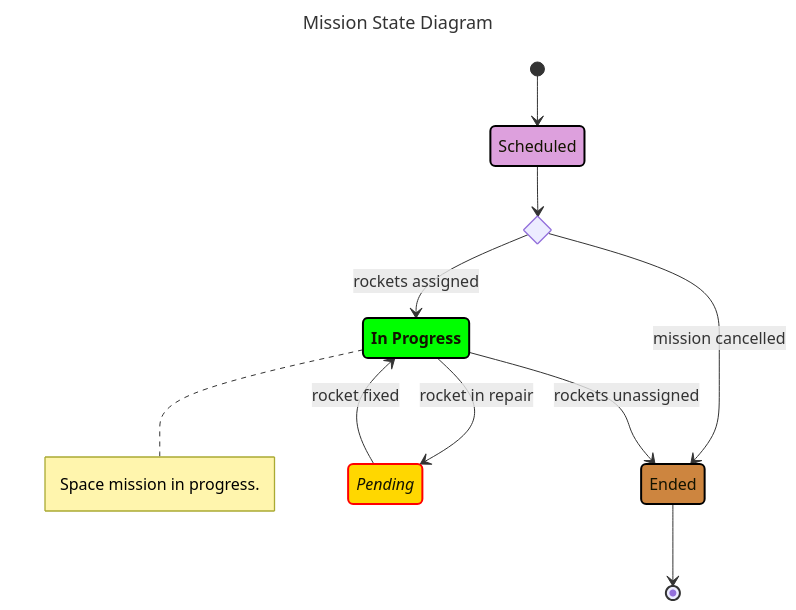
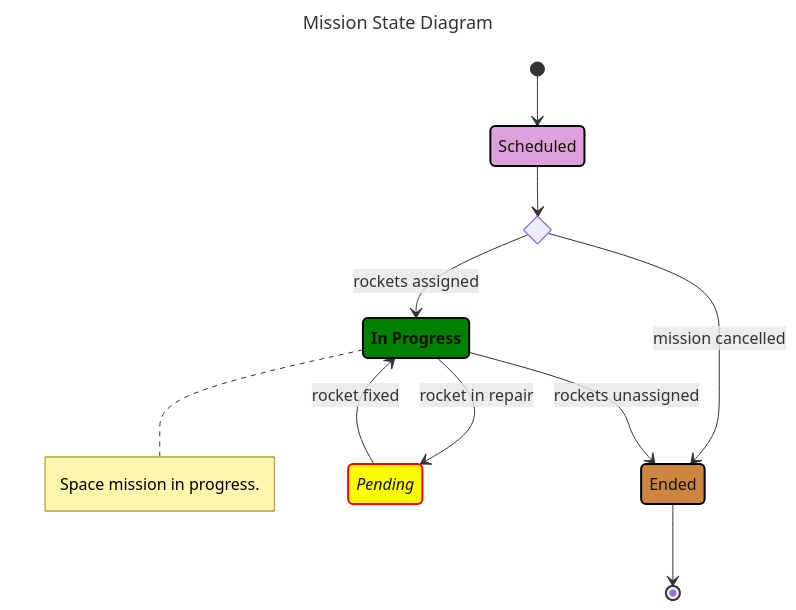
Before and after one commit to Ee-Cs/RecruitmentTaskS2: the third of 4 diagrams in docs/README.md, drawn with Mermaid. The commit also changed other lines of this file, not shown here.

````diff
--- a/docs/README.md
+++ b/docs/README.md
@@ -87,33 +88,33 @@
 ```mermaid
 ---
 title: Mission State Diagram
 ---
 stateDiagram
 direction TB
 
 %% State definitions
 state "Scheduled" as SCH
 state CHO <<choice>>
 state "In Progress" as PRG
 note right of PRG
   Space mission in progress.
 end note
 state "Pending" as PND
 state "Ended" as END
 
 %% Transitions
 [*] --> SCH:::schedClass
 SCH --> CHO
 CHO --> PRG:::progClass : rockets assigned
 CHO --> END:::endClass : mission cancelled
 PRG --> PND:::pendClass : rocket in repair
 PND --> PRG : rocket fixed
 PRG --> END : rockets unassigned
 END --> [*]
 
 %% Style definitions
 classDef schedClass fill: plum, stroke: #000, stroke-width: 2px
-classDef progClass fill: lime, stroke: #000, stroke-width: 2px,font-weight:bold
-classDef pendClass fill: gold, stroke: #000, stroke-width: 2px, font-style:italic,stroke-width:2px,stroke:red
+classDef progClass fill: green, stroke: #000, stroke-width: 2px,font-weight:bold
+classDef pendClass fill: yellow, stroke: #000, stroke-width: 2px, font-style:italic,stroke-width:2px,stroke:red
 classDef endClass fill: peru, stroke: #000, stroke-width: 2px
 ```
````
